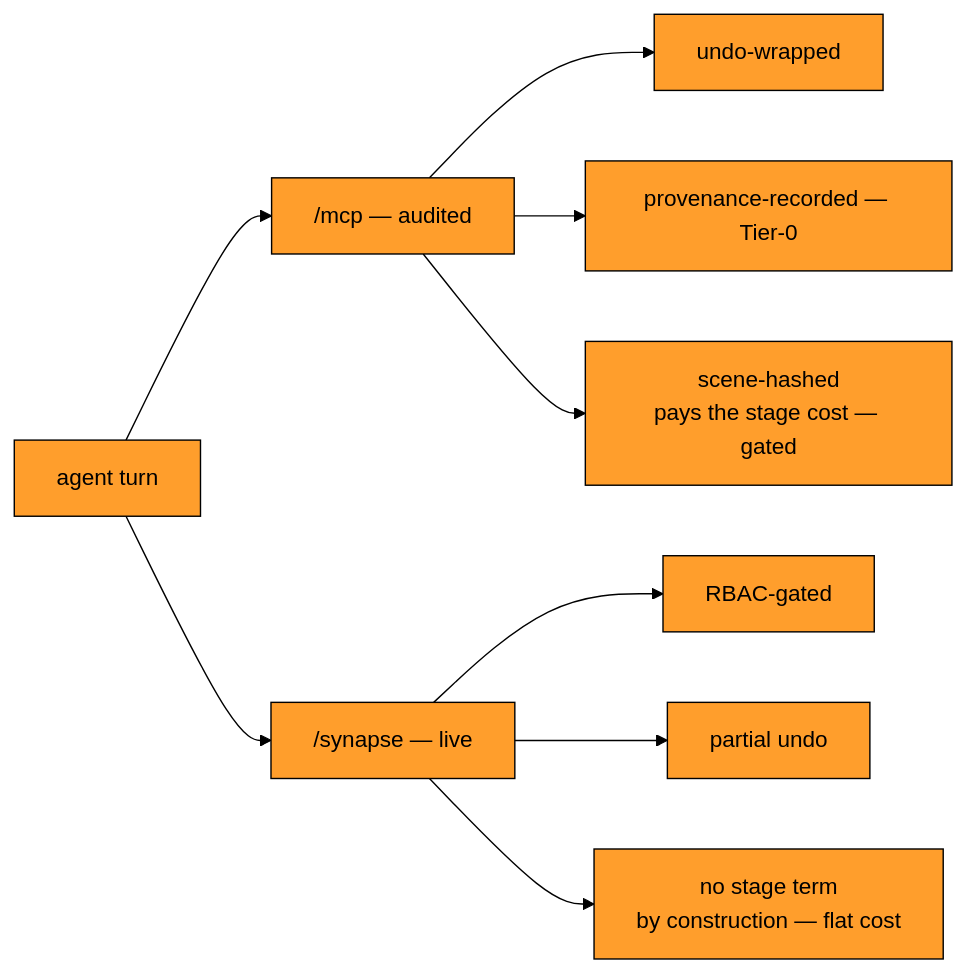
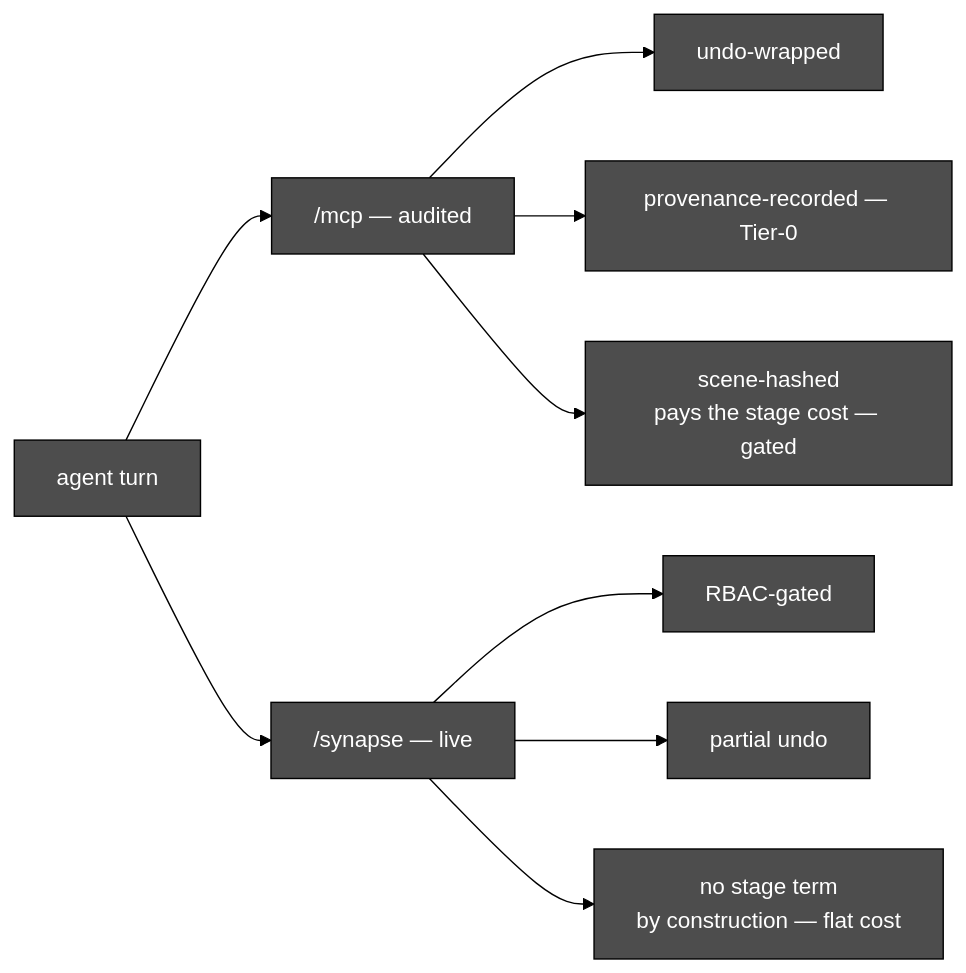
Before and after one commit to JosephOIbrahim/Synapse: the third of 5 diagrams in README.md, drawn with Mermaid. The commit also changed other lines of this file, not shown here.

Commit message:
docs(readme): restyle mermaid diagrams - grey fills, black borders, white type

````diff
--- a/README.md
+++ b/README.md
@@ -289,12 +289,12 @@
 ```mermaid
-%%{init: {'theme':'base','themeVariables':{'primaryColor':'#FF9E2C','primaryTextColor':'#000000','primaryBorderColor':'#000000','lineColor':'#000000','textColor':'#000000','secondaryColor':'#FFB85C','tertiaryColor':'#FFD9A0','clusterBkg':'#FFE9CC','clusterBorder':'#000000','edgeLabelBackground':'#FFE9CC','nodeTextColor':'#000000'}}}%%
+%%{init: {'theme':'base','themeVariables':{'primaryColor':'#4d4d4d','primaryTextColor':'#FFFFFF','primaryBorderColor':'#000000','lineColor':'#000000','textColor':'#FFFFFF','secondaryColor':'#404040','tertiaryColor':'#333333','clusterBkg':'#333333','clusterBorder':'#000000','edgeLabelBackground':'#333333','nodeTextColor':'#FFFFFF'}}}%%
 flowchart LR
     T[agent turn] --> M["/mcp — audited"]
     T --> S["/synapse — live"]
     M --> A1[undo-wrapped]
     M --> A2[provenance-recorded — Tier-0]
     M --> A3["scene-hashed<br/>pays the stage cost — gated"]
     S --> B1[RBAC-gated]
     S --> B2[partial undo]
     S --> B3["no stage term<br/>by construction — flat cost"]
 ```
````
